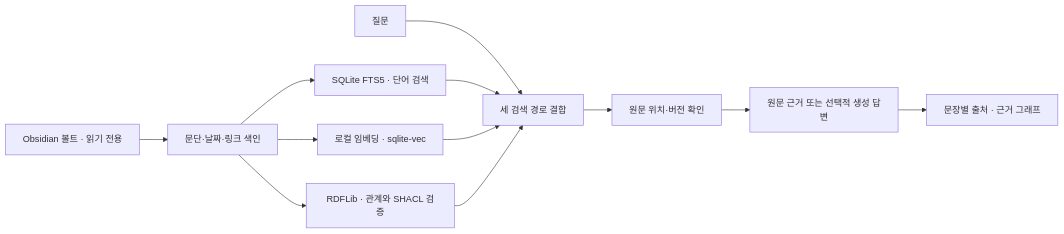
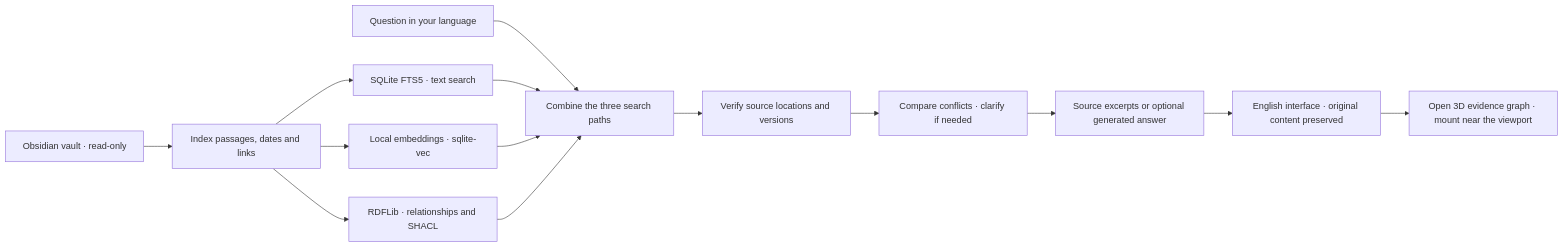
One commit to espseongsm/obsi-onto changed the diagram in README.md. Above: the diagram before and after it, drawn with Mermaid. The commit also changed other lines of this file and 88 other files, not shown here.

````diff
--- a/README.md
+++ b/README.md
@@ -20,14 +30,16 @@
 ```mermaid
 flowchart LR
-  V[Obsidian 볼트 · 읽기 전용] --> I[문단·날짜·링크 색인]
-  I --> F[SQLite FTS5 · 단어 검색]
-  I --> E[로컬 임베딩 · sqlite-vec]
-  I --> G[RDFLib · 관계와 SHACL 검증]
-  Q[질문] --> R[세 검색 경로 결합]
+  V[Obsidian vault · read-only] --> I[Index passages, dates and links]
+  I --> F[SQLite FTS5 · text search]
+  I --> E[Local embeddings · sqlite-vec]
+  I --> G[RDFLib · relationships and SHACL]
+  Q[Question in your language] --> R[Combine the three search paths]
   F --> R
   E --> R
   G --> R
-  R --> C[원문 위치·버전 확인]
-  C --> A[원문 근거 또는 선택적 생성 답변]
-  A --> U[문장별 출처 · 근거 그래프]
+  R --> C[Verify source locations and versions]
+  C --> K[Compare conflicts · clarify if needed]
+  K --> A[Source excerpts or optional generated answer]
+  A --> U[English interface · original content preserved]
+  U --> GRAPH[Open 3D evidence graph · mount near the viewport]
 ```
````
